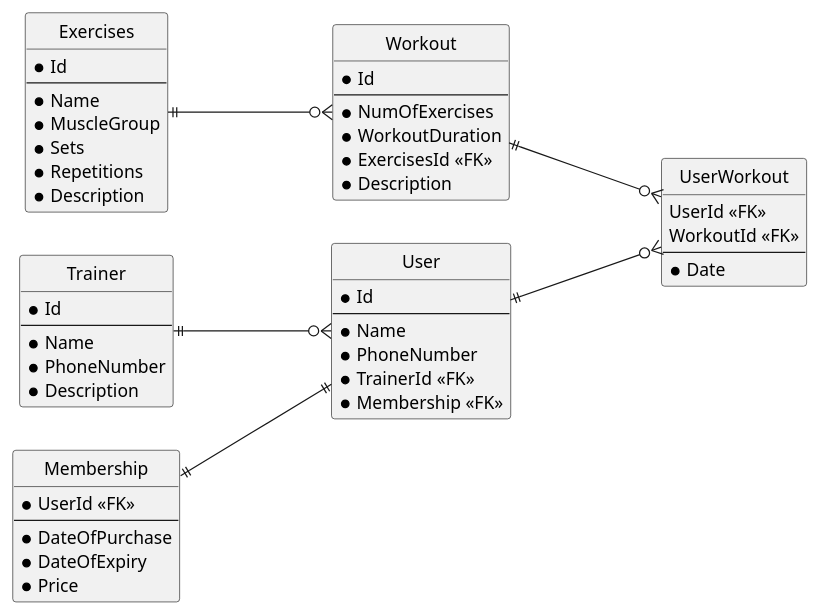
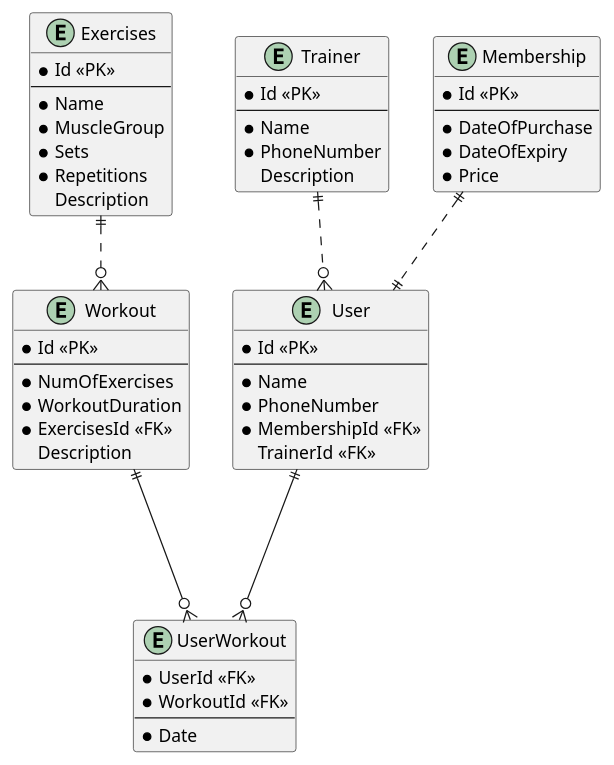
The diagram in Sommersemester/er_logical.puml (PeterMalinowski/FitnessModell), drawn with PlantUML before and after one commit.

Commit message:
logical_puml fertig

```diff
--- a/Sommersemester/er_logical.puml
+++ b/Sommersemester/er_logical.puml
@@ -1,65 +1,62 @@
 @startuml fitness
-
-hide circle
-left to right direction
 
 
 entity User{
-    *Id
+    *Id <<PK>>
     ---
     *Name
     *PhoneNumber
-    *TrainerId <<FK>>
-    *Membership <<FK>>
+    *MembershipId <<FK>>
+    TrainerId <<FK>>
 }
 
 entity Workout{
-    *Id
+    *Id <<PK>>
     ---
     *NumOfExercises
     *WorkoutDuration
     *ExercisesId <<FK>>
-    *Description
+    Description
 }
 
 entity Exercises{
-    *Id
+    *Id <<PK>>
     ---
     *Name
     *MuscleGroup
     *Sets
     *Repetitions
-    *Description
+    Description
 }
 
 entity Trainer{
-    *Id
+    *Id <<PK>>
     ---
     *Name
     *PhoneNumber
-    *Description
+    Description
 }
 
 entity Membership{
-    *UserId <<FK>>
+    *Id <<PK>>
     ---
     *DateOfPurchase
     *DateOfExpiry
     *Price
 }
 
 entity UserWorkout{
-    UserId <<FK>>
-    WorkoutId <<FK>>
+    *UserId <<FK>>
+    *WorkoutId <<FK>>
     ---
     *Date
 }
 
 
 Workout||---o{UserWorkout
 User ||---o{ UserWorkout
-Exercises ||---o{ Workout
-Trainer ||---o{ User
-Membership ||---|| User
+Exercises ||..o{ Workout
+Trainer ||..o{ User
+Membership ||..|| User
 
 @enduml
```
